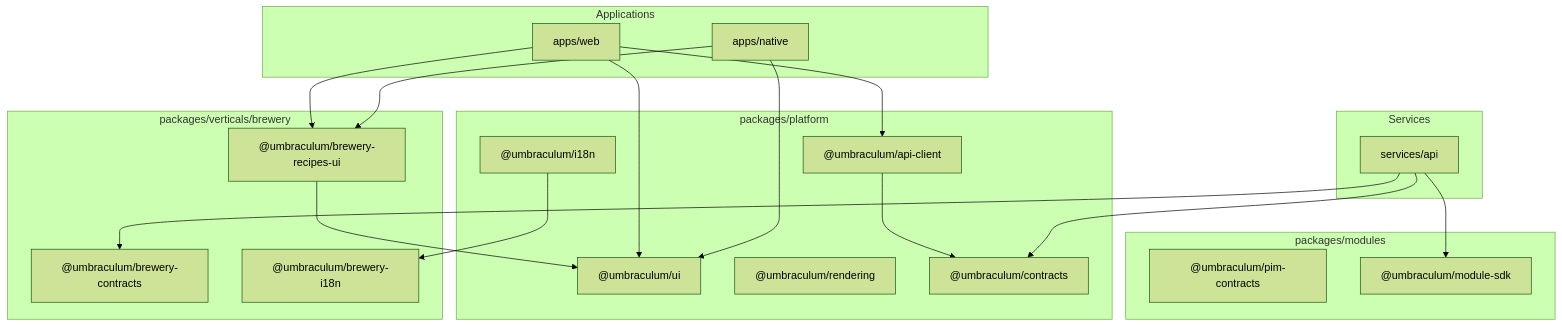
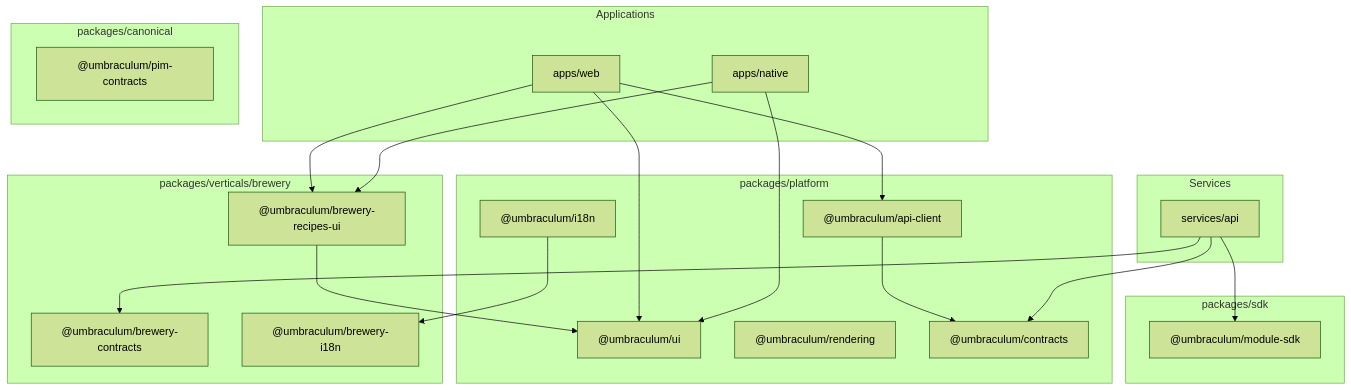
One commit to umbraculum-dev/umbraculum-dev changed the diagram in docs/REPOSITORY-STRUCTURE.md. Above: the diagram before and after it, drawn with Mermaid (forest theme). The commit also changed other lines of this file and 270 other files, not shown here.

First line of the commit message:
refactor(packages): RFC-0012 four-tier package layout

````diff
--- a/docs/REPOSITORY-STRUCTURE.md
+++ b/docs/REPOSITORY-STRUCTURE.md
@@ -171,42 +173,45 @@
 ```mermaid
 graph TB
   subgraph apps_tier["Applications"]
     web["apps/web"]
     native["apps/native"]
   end
 
   subgraph svc_tier["Services"]
     api["services/api"]
   end
 
   subgraph plat_tier["packages/platform"]
     ui["@umbraculum/ui"]
     i18n["@umbraculum/i18n"]
     apic["@umbraculum/api-client"]
     rend["@umbraculum/rendering"]
     cont["@umbraculum/contracts"]
   end
 
-  subgraph mod_tier["packages/modules"]
+  subgraph sdk_tier["packages/sdk"]
+    sdk["@umbraculum/module-sdk"]
+  end
+
+  subgraph canon_tier["packages/canonical"]
     pimc["@umbraculum/pim-contracts"]
-    sdk["@umbraculum/module-sdk"]
   end
 
   subgraph vert_tier["packages/verticals/brewery"]
     bcont["@umbraculum/brewery-contracts"]
     brui["@umbraculum/brewery-recipes-ui"]
     bi18n["@umbraculum/brewery-i18n"]
   end
 
   web --> ui
   web --> brui
   web --> apic
   native --> ui
   native --> brui
   brui --> ui
   i18n --> bi18n
   apic --> cont
   api --> cont
   api --> bcont
   api --> sdk
 ```
````
